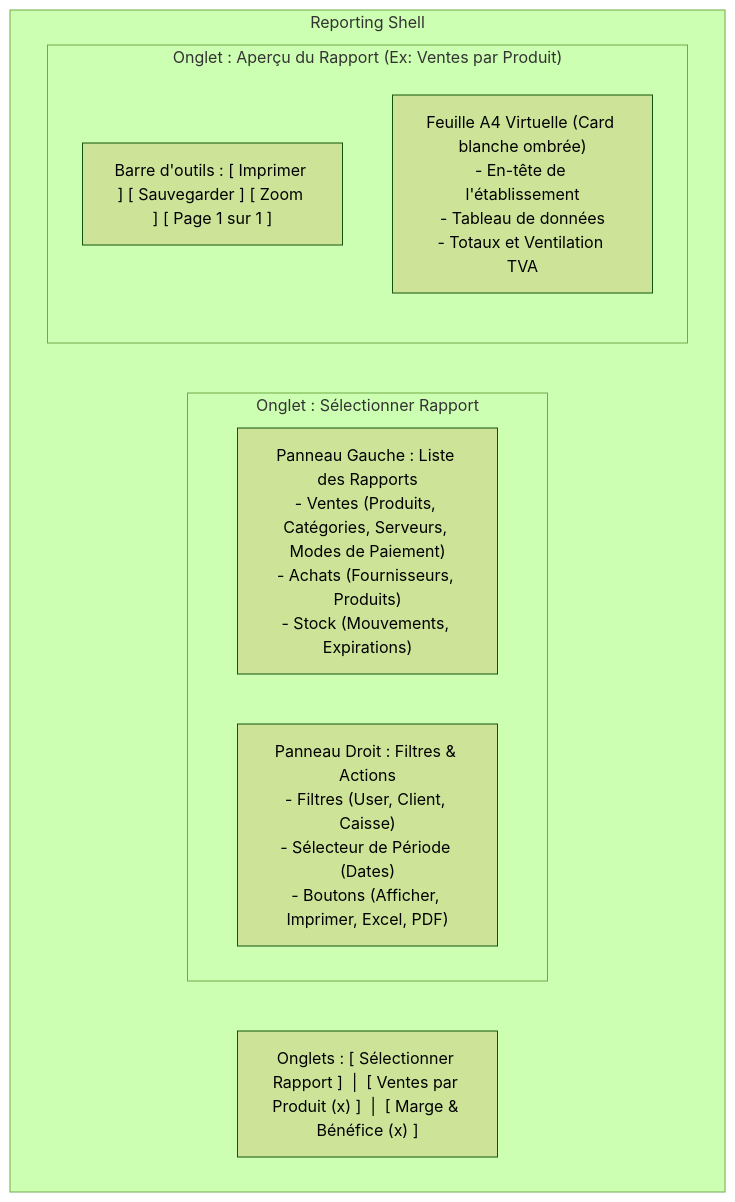
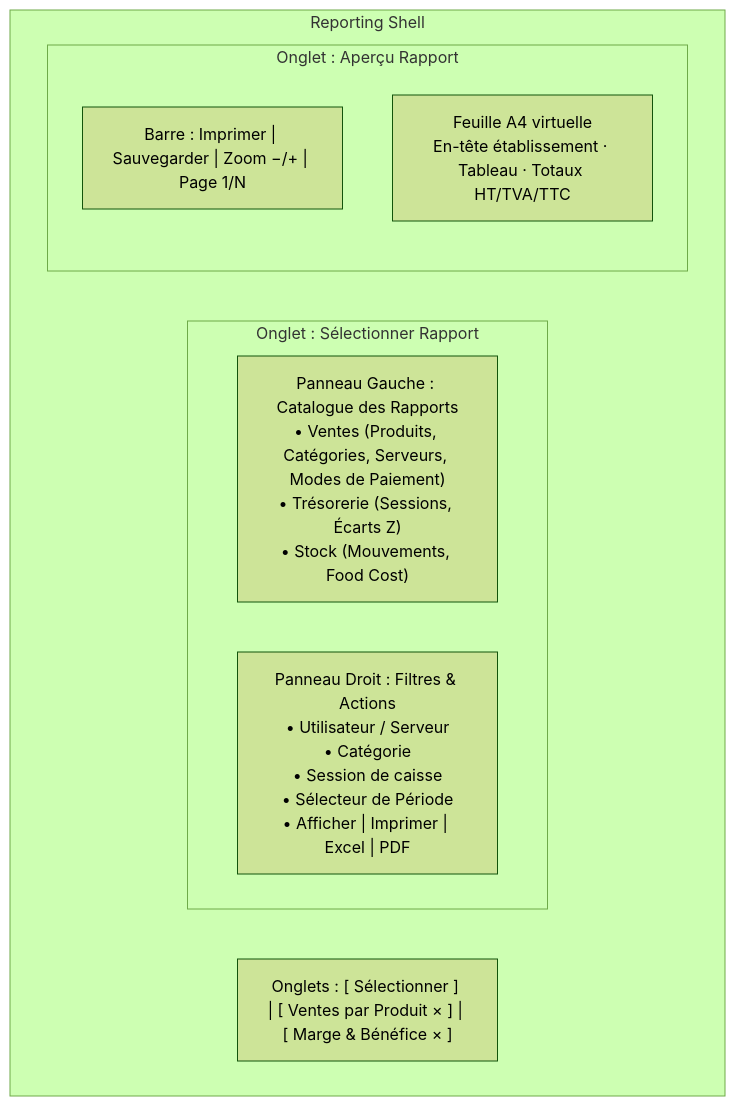
Before and after one commit to badrlahmidi/flutpos: the first of 3 diagrams in docs/reporting_refonte_plan.md, drawn with Mermaid (forest theme). The commit also changed other lines of this file and 53 other files, not shown here.

````diff
--- a/docs/reporting_refonte_plan.md
+++ b/docs/reporting_refonte_plan.md
@@ -13,18 +36,18 @@
 ```mermaid
 graph TD
     subgraph ReportingPage ["Reporting Shell"]
-        TabBar["Onglets : [ Sélectionner Rapport ]  |  [ Ventes par Produit (x) ]  |  [ Marge & Bénéfice (x) ]"]
+        TabBar["Onglets : [ Sélectionner ] | [ Ventes par Produit × ] | [ Marge & Bénéfice × ]"]
         
         subgraph SelectorTab ["Onglet : Sélectionner Rapport"]
             direction LR
-            LeftPanel["Panneau Gauche : Liste des Rapports<br>- Ventes (Produits, Catégories, Serveurs, Modes de Paiement)<br>- Achats (Fournisseurs, Produits)<br>- Stock (Mouvements, Expirations)"]
-            RightPanel["Panneau Droit : Filtres & Actions<br>- Filtres (User, Client, Caisse)<br>- Sélecteur de Période (Dates)<br>- Boutons (Afficher, Imprimer, Excel, PDF)"]
+            LeftPanel["Panneau Gauche : Catalogue des Rapports<br>• Ventes (Produits, Catégories, Serveurs, Modes de Paiement)<br>• Trésorerie (Sessions, Écarts Z)<br>• Stock (Mouvements, Food Cost)"]
+            RightPanel["Panneau Droit : Filtres & Actions<br>• Utilisateur / Serveur<br>• Catégorie<br>• Session de caisse<br>• Sélecteur de Période<br>• Afficher | Imprimer | Excel | PDF"]
         end
         
-        subgraph PreviewTab ["Onglet : Aperçu du Rapport (Ex: Ventes par Produit)"]
+        subgraph PreviewTab ["Onglet : Aperçu Rapport"]
             direction TB
-            Toolbar["Barre d'outils : [ Imprimer ] [ Sauvegarder ] [ Zoom ] [ Page 1 sur 1 ]"]
-            PaperSheet["Feuille A4 Virtuelle (Card blanche ombrée)<br>- En-tête de l'établissement<br>- Tableau de données<br>- Totaux et Ventilation TVA"]
+            Toolbar["Barre : Imprimer | Sauvegarder | Zoom −/+ | Page 1/N"]
+            PaperSheet["Feuille A4 virtuelle<br>En-tête établissement · Tableau · Totaux HT/TVA/TTC"]
         end
     end
 ```
````
